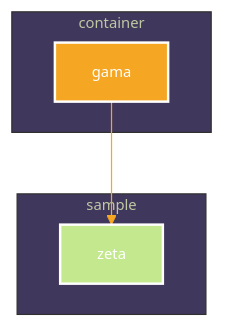
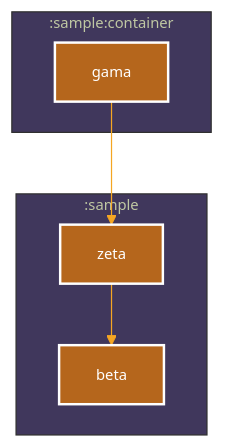
The diagram in sample/README.md (iurysza/module-graph), drawn with Mermaid before and after one commit. The commit also changed 15 other files, not shown here.

````diff
--- a/sample/README.md
+++ b/sample/README.md
@@ -3,24 +3,25 @@
 ```mermaid
 %%{
   init: {
     'theme': 'base',
     'themeVariables': {"primaryTextColor":"#F6F8FAff","primaryColor":"#5a4f7c","primaryBorderColor":"#5a4f7c","tertiaryColor":"#40375c","lineColor":"#f5a623","fontSize":"12px"}
   }
 }%%
 
 graph TB
-  subgraph container
-    gama
+  subgraph :sample
+    :sample:zeta["zeta"]
+    :sample:beta["beta"]
   end
-  subgraph sample
-    zeta
+  subgraph :sample:container
+    :sample:container:gama["gama"]
   end
-  gama --> zeta
+  :sample:container:gama --> :sample:zeta
+  :sample:zeta --> :sample:beta
 
-classDef java fill:#C3E88D,stroke:#fff,stroke-width:2px,color:#fff;
-class gama java
-class zeta java
+classDef java fill:#B5661C,stroke:#fff,stroke-width:2px,color:#fff;
+class :sample:container:gama java
+class :sample:zeta java
+class :sample:beta java
 
-classDef focus fill:#F5A622,stroke:#fff,stroke-width:2px,color:#fff;
-class gama focus
 ```
````
